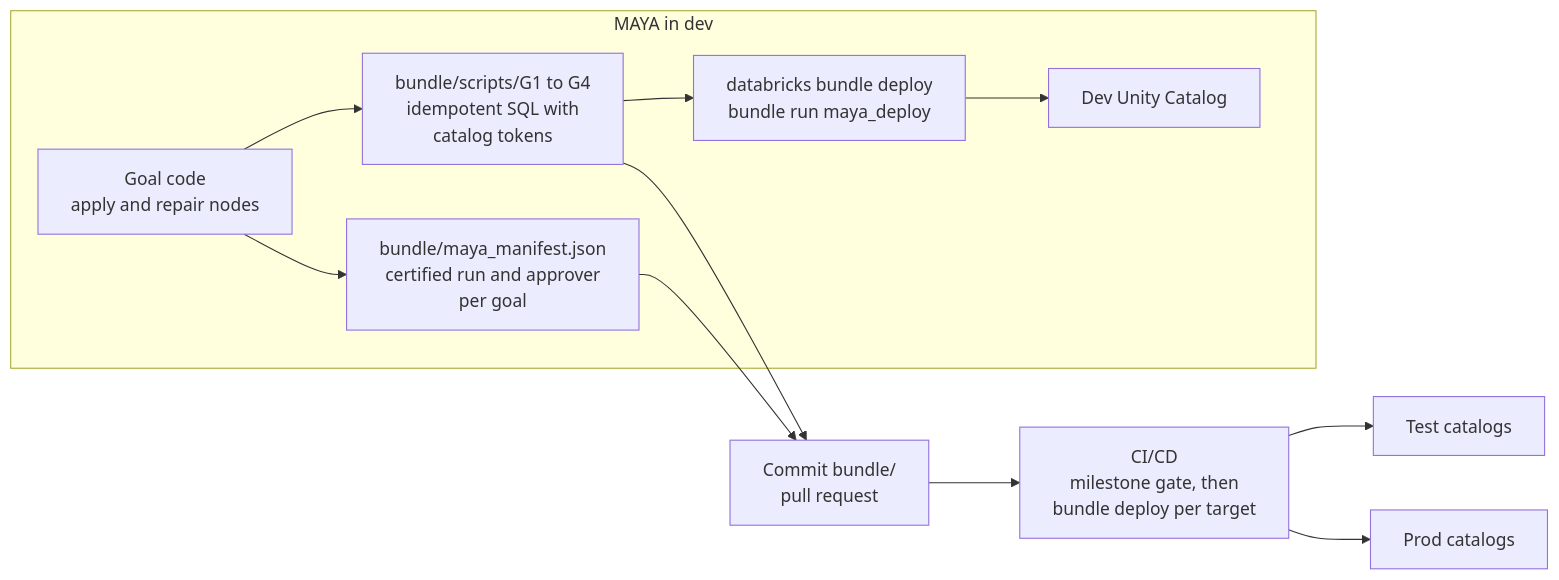
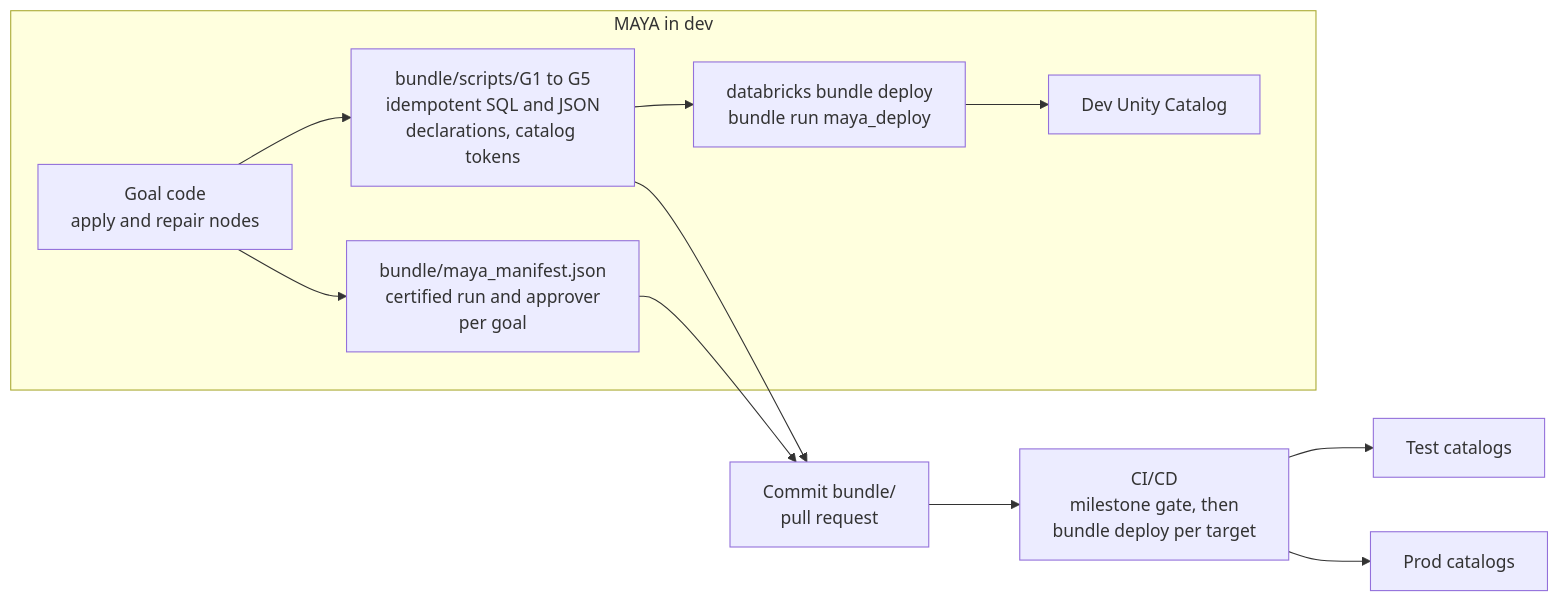
One commit to vasutechgenie/maya-dbx-ai changed the sixth of 7 diagrams in docs/ARCHITECTURE.md. Above: the diagram before and after it, drawn with Mermaid. The commit also changed other lines of this file and 31 other files, not shown here.

````diff
--- a/docs/ARCHITECTURE.md
+++ b/docs/ARCHITECTURE.md
@@ -218,14 +219,14 @@
 ```mermaid
 flowchart LR
     subgraph dev["MAYA in dev"]
-        gc["Goal code<br/>apply and repair nodes"] --> sc["bundle/scripts/G1 to G4<br/>idempotent SQL with<br/>catalog tokens"]
+        gc["Goal code<br/>apply and repair nodes"] --> sc["bundle/scripts/G1 to G5<br/>idempotent SQL and JSON<br/>declarations, catalog tokens"]
         gc --> mf["bundle/maya_manifest.json<br/>certified run and approver<br/>per goal"]
         sc --> dep["databricks bundle deploy<br/>bundle run maya_deploy"]
         dep --> devuc["Dev Unity Catalog"]
     end
     sc --> git["Commit bundle/<br/>pull request"]
     mf --> git
     git --> ci["CI/CD<br/>milestone gate, then<br/>bundle deploy per target"]
     ci --> test["Test catalogs"]
     ci --> prod["Prod catalogs"]
 ```
````
